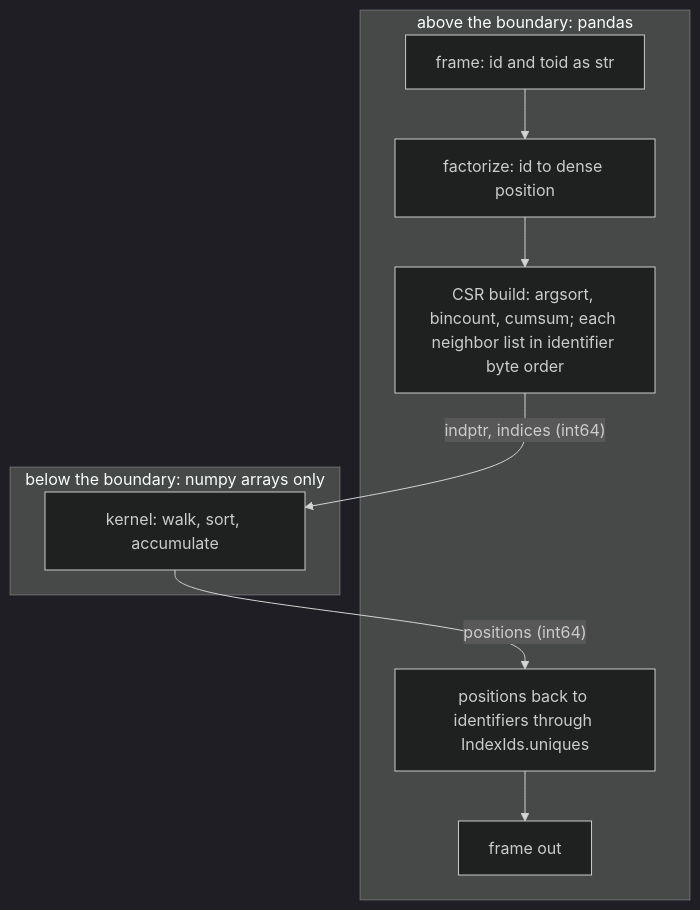
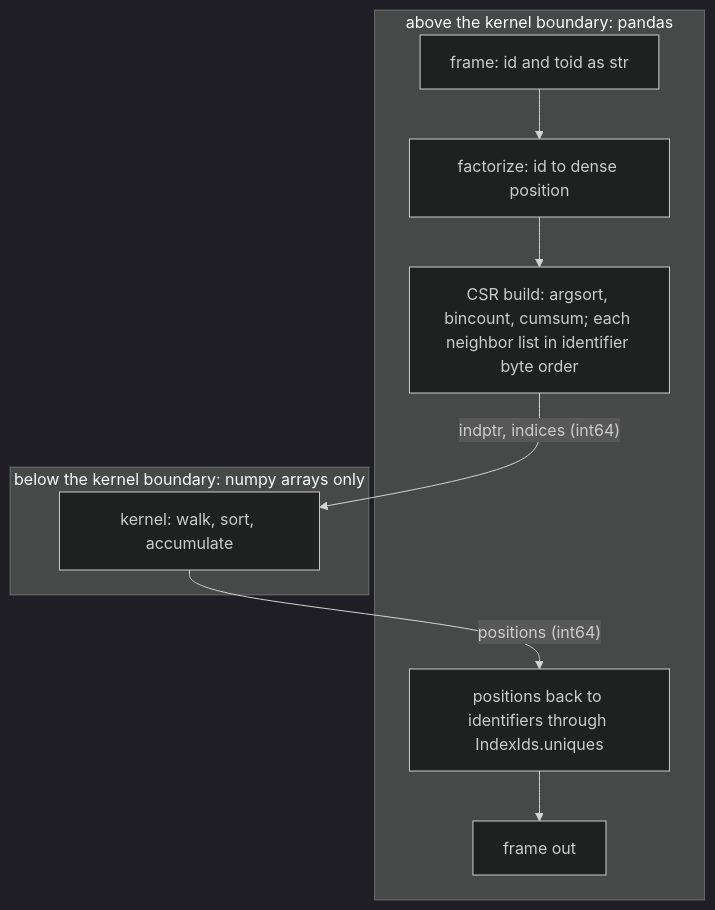
Before and after one commit to DOI-USGS/hydroloom: the third of 4 diagrams in dev/FIXTURE_ARCHITECTURE.md, drawn with Mermaid (dark theme). The commit also changed other lines of this file, not shown here.

Commit message:
M3-2: FIXTURE_ARCHITECTURE.md fix round (H-01 to H-25, P-01 to P-28)

````diff
--- a/dev/FIXTURE_ARCHITECTURE.md
+++ b/dev/FIXTURE_ARCHITECTURE.md
@@ -126,13 +149,13 @@
 ```mermaid
 flowchart TD
-  subgraph above["above the boundary: pandas"]
+  subgraph above["above the kernel boundary: pandas"]
     T["frame: id and toid as str"] --> Z["factorize: id to dense position"]
     Z --> C["CSR build: argsort, bincount, cumsum; each neighbor list in identifier byte order"]
     O["positions back to identifiers through IndexIds.uniques"] --> Out["frame out"]
   end
-  subgraph below["below the boundary: numpy arrays only"]
+  subgraph below["below the kernel boundary: numpy arrays only"]
     K["kernel: walk, sort, accumulate"]
   end
   C -- "indptr, indices (int64)" --> K
   K -- "positions (int64)" --> O
 ```
````
